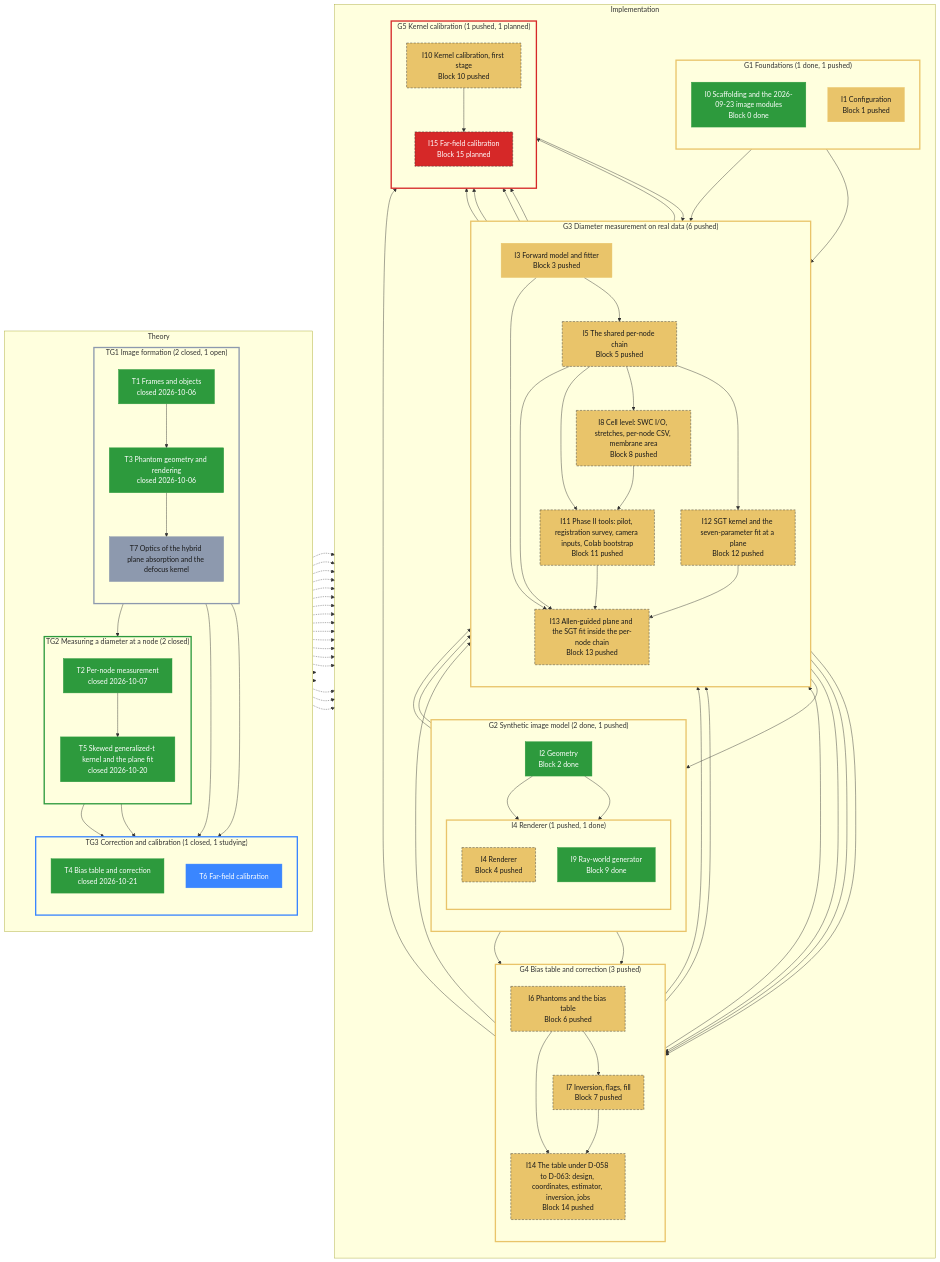
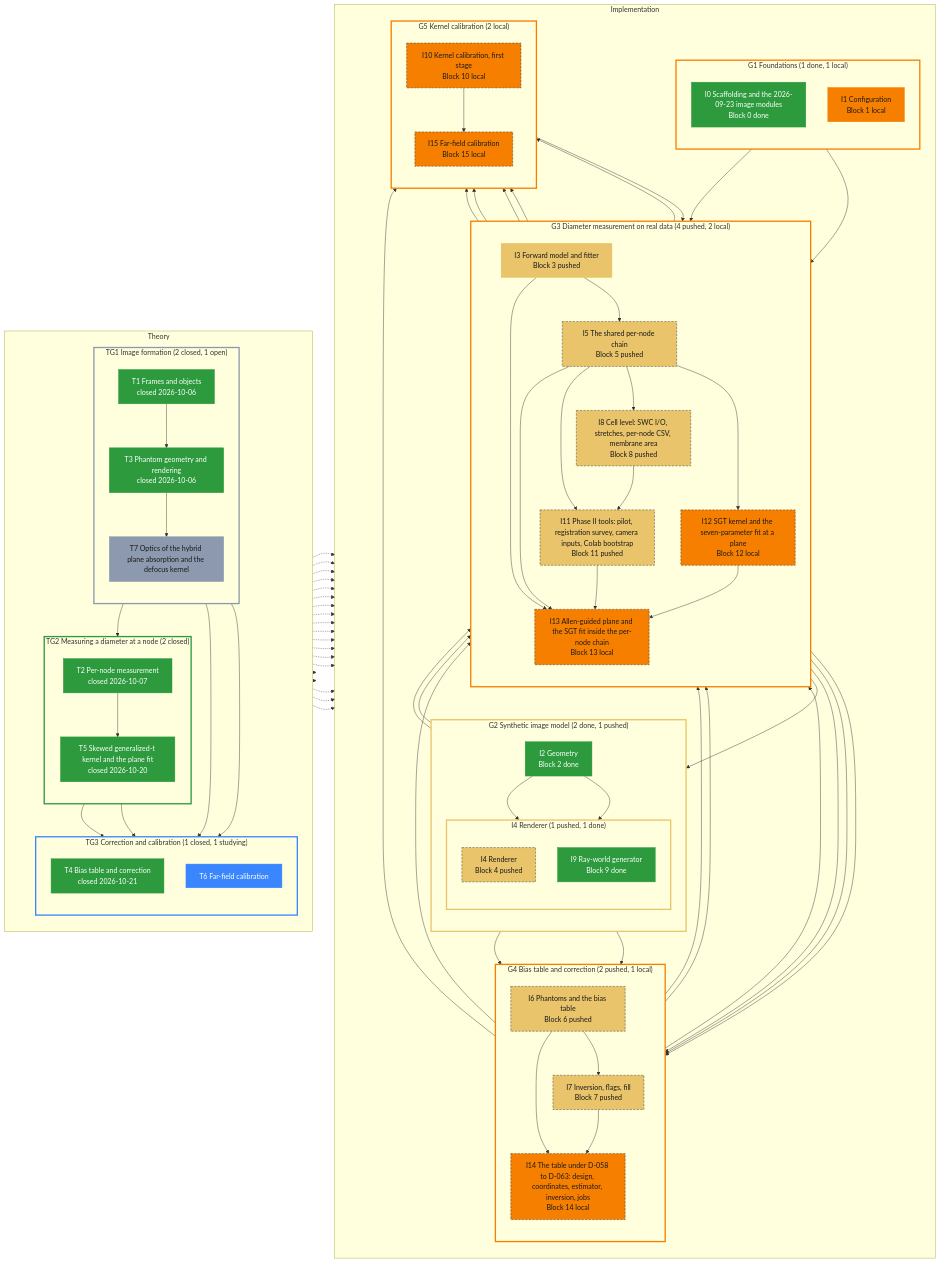
One commit to Leonardodm00/Towards-EEG changed the diagram in specs/roadmap/diameter-pipeline.md. Above: the diagram before and after it, drawn with Mermaid. The commit also changed other lines of this file, not shown here.

Commit message:
roadmap: diameter-pipeline after blocks 10 and 15 (I10, I15 local; I15 no longer planned)
Rendered from the status at f55c083: I15 moves from planned (SPEC drafted)
to local, I10 to local; I1, I12, I13 and I14 read local because the
commit touched config.py, a module they share. Nothing pushed yet.

Claude-Session: https://claude.ai/code/session_01A4Rbw5TUz4QitY92wEvYXa

````diff
--- a/specs/roadmap/diameter-pipeline.md
+++ b/specs/roadmap/diameter-pipeline.md
@@ -45,10 +45,10 @@
     end
     subgraph impl["Implementation"]
         direction TB
-        subgraph grp_G1["G1 Foundations (1 done, 1 pushed)"]
+        subgraph grp_G1["G1 Foundations (1 done, 1 local)"]
             direction TB
             I0["I0 Scaffolding and the 2026-09-23 image modules<br/>Block 0 done"]:::done
-            I1["I1 Configuration<br/>Block 1 pushed"]:::pushed
+            I1["I1 Configuration<br/>Block 1 local"]:::local
         end
         subgraph grp_G2["G2 Synthetic image model (2 done, 1 pushed)"]
             direction TB
@@ -59,25 +59,25 @@
                 I9["I9 Ray-world generator<br/>Block 9 done"]:::done
             end
         end
-        subgraph grp_G3["G3 Diameter measurement on real data (6 pushed)"]
+        subgraph grp_G3["G3 Diameter measurement on real data (4 pushed, 2 local)"]
             direction TB
             I3["I3 Forward model and fitter<br/>Block 3 pushed"]:::pushed
             I5["I5 The shared per-node chain<br/>Block 5 pushed"]:::pushed
             I8["I8 Cell level: SWC I/O, stretches, per-node CSV, membrane area<br/>Block 8 pushed"]:::pushed
             I11["I11 Phase II tools: pilot, registration survey, camera inputs, Colab bootstrap<br/>Block 11 pushed"]:::pushed
-            I12["I12 SGT kernel and the seven-parameter fit at a plane<br/>Block 12 pushed"]:::pushed
-            I13["I13 Allen-guided plane and the SGT fit inside the per-node chain<br/>Block 13 pushed"]:::pushed
+            I12["I12 SGT kernel and the seven-parameter fit at a plane<br/>Block 12 local"]:::local
+            I13["I13 Allen-guided plane and the SGT fit inside the per-node chain<br/>Block 13 local"]:::local
         end
-        subgraph grp_G4["G4 Bias table and correction (3 pushed)"]
+        subgraph grp_G4["G4 Bias table and correction (2 pushed, 1 local)"]
             direction TB
             I6["I6 Phantoms and the bias table<br/>Block 6 pushed"]:::pushed
             I7["I7 Inversion, flags, fill<br/>Block 7 pushed"]:::pushed
-            I14["I14 The table under D-058 to D-063: design, coordinates, estimator, inversion, jobs<br/>Block 14 pushed"]:::pushed
+            I14["I14 The table under D-058 to D-063: design, coordinates, estimator, inversion, jobs<br/>Block 14 local"]:::local
         end
-        subgraph grp_G5["G5 Kernel calibration (1 pushed, 1 planned)"]
+        subgraph grp_G5["G5 Kernel calibration (2 local)"]
             direction TB
-            I10["I10 Kernel calibration, first stage<br/>Block 10 pushed"]:::pushed
-            I15["I15 Far-field calibration<br/>Block 15 planned"]:::planned
+            I10["I10 Kernel calibration, first stage<br/>Block 10 local"]:::local
+            I15["I15 Far-field calibration<br/>Block 15 local"]:::local
         end
         I2 --> I4
         I3 --> I4
@@ -139,10 +139,10 @@
     style grp_TG1 stroke:#8d99ae,stroke-width:3px
     style grp_TG2 stroke:#2d9a3d,stroke-width:3px
     style grp_TG3 stroke:#3a86ff,stroke-width:3px
-    style grp_G1 stroke:#e9c46a,stroke-width:3px
+    style grp_G1 stroke:#f77f00,stroke-width:3px
     style grp_I4 stroke:#e9c46a,stroke-width:3px
     style grp_G2 stroke:#e9c46a,stroke-width:3px
-    style grp_G3 stroke:#e9c46a,stroke-width:3px
-    style grp_G4 stroke:#e9c46a,stroke-width:3px
-    style grp_G5 stroke:#d62828,stroke-width:3px
+    style grp_G3 stroke:#f77f00,stroke-width:3px
+    style grp_G4 stroke:#f77f00,stroke-width:3px
+    style grp_G5 stroke:#f77f00,stroke-width:3px
 ```
````
